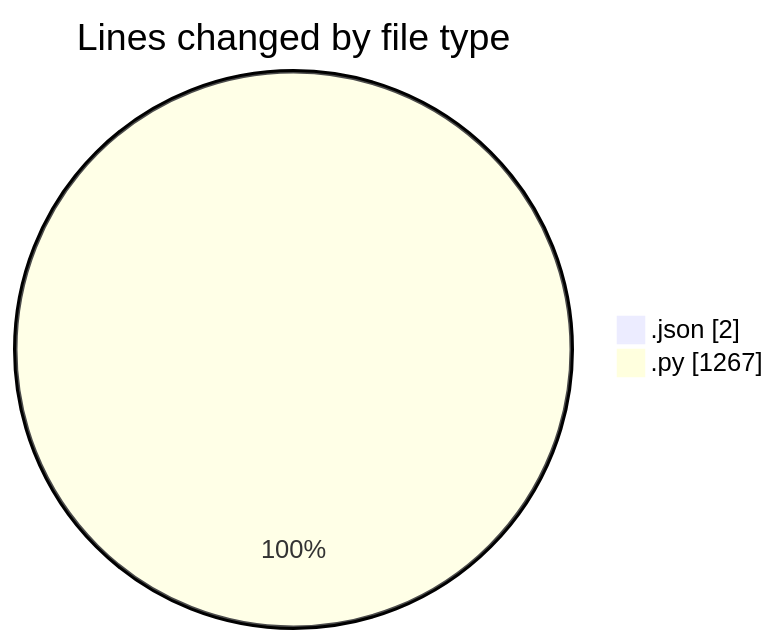
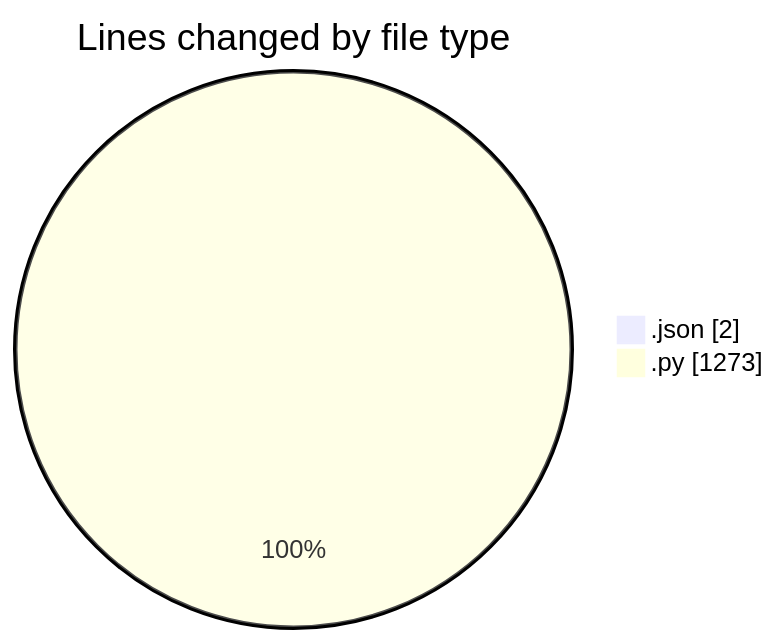
One commit to MatusMokan/code-tracking changed the first of 2 diagrams in 2025-02-19/myws__workspace_/README.md. Above: the diagram before and after it, drawn with Mermaid. The commit also changed other lines of this file and 1 other file, not shown here.

````diff
--- a/2025-02-19/myws__workspace_/README.md
+++ b/2025-02-19/myws__workspace_/README.md
@@ -25,6 +25,6 @@
 ```mermaid
 pie showData
 title Lines changed by file type
 ".json" : 2
-".py" : 1267
+".py" : 1273
 ```
````
